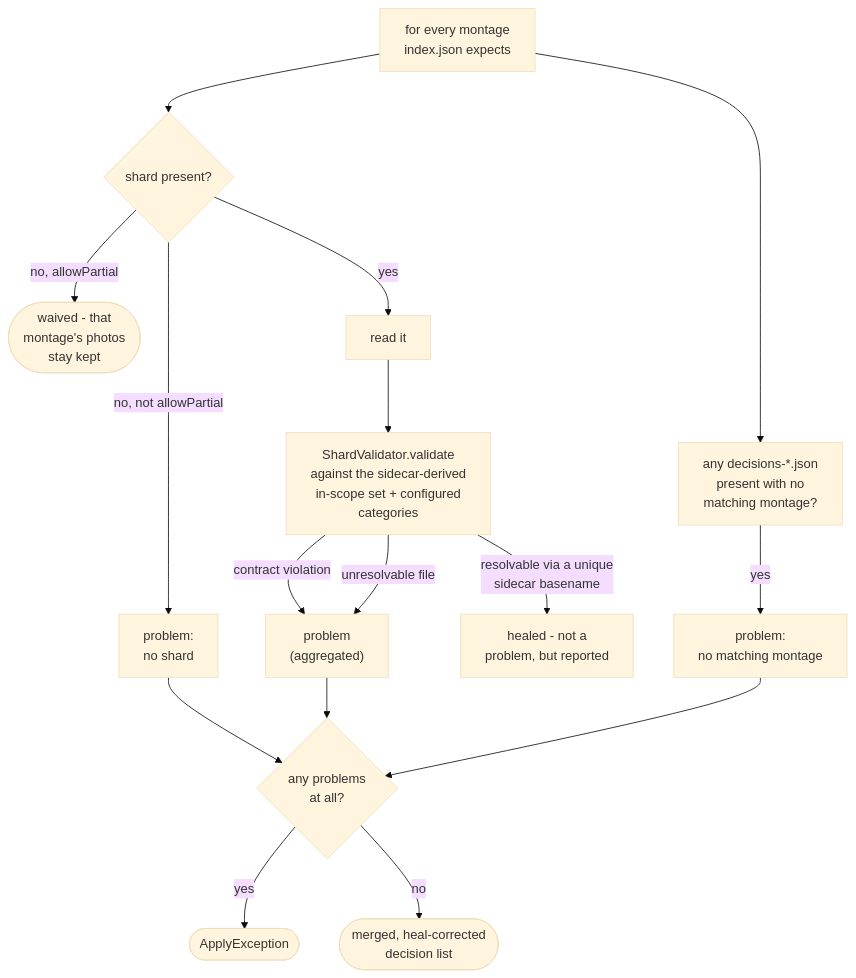
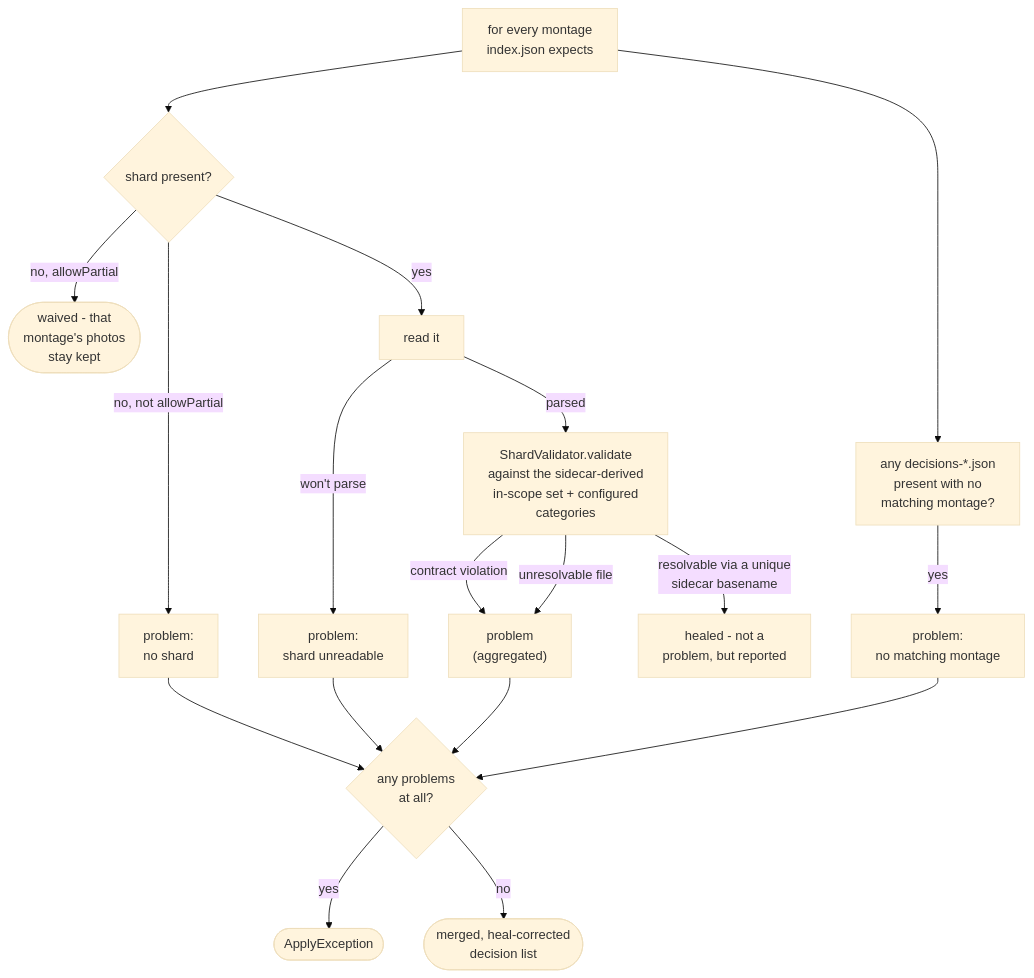
Before and after one commit to AdrianNachev91/sluice: the first of 2 diagrams in app/docs/design/application/service/apply-planner.md, drawn with Mermaid (base theme). The commit also changed other lines of this file and 18 other files, not shown here.

````diff
--- a/app/docs/design/application/service/apply-planner.md
+++ b/app/docs/design/application/service/apply-planner.md
@@ -21,18 +21,20 @@
 ```mermaid
 flowchart TD
     A["for every montage<br/>index.json expects"] --> B{"shard present?"}
     B -- no, allowPartial --> C(["waived - that<br/>montage's photos<br/>stay kept"])
     B -- no, not allowPartial --> D["problem:<br/>no shard"]
     B -- yes --> E["read it"]
+    E -- won't parse --> N["problem:<br/>shard unreadable"]
     A --> F["any decisions-*.json<br/>present with no<br/>matching montage?"]
     F -- yes --> G["problem:<br/>no matching montage"]
-    E --> H["ShardValidator.validate<br/>against the sidecar-derived<br/>in-scope set + configured<br/>categories"]
+    E -- parsed --> H["ShardValidator.validate<br/>against the sidecar-derived<br/>in-scope set + configured<br/>categories"]
     H -- contract violation --> I["problem<br/>(aggregated)"]
     H -- unresolvable file --> I
     H -- resolvable via a unique<br/>sidecar basename --> J["healed - not a<br/>problem, but reported"]
     D --> K{"any problems<br/>at all?"}
     G --> K
     I --> K
+    N --> K
     K -- yes --> L(["ApplyException"])
     K -- no --> M(["merged, heal-corrected<br/>decision list"])
 ```
````
